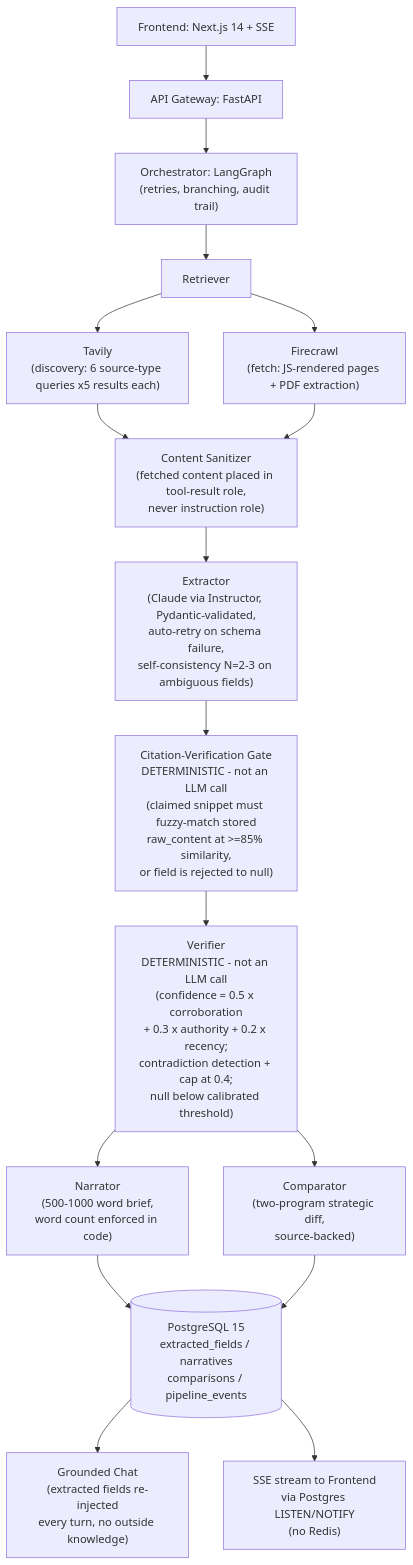
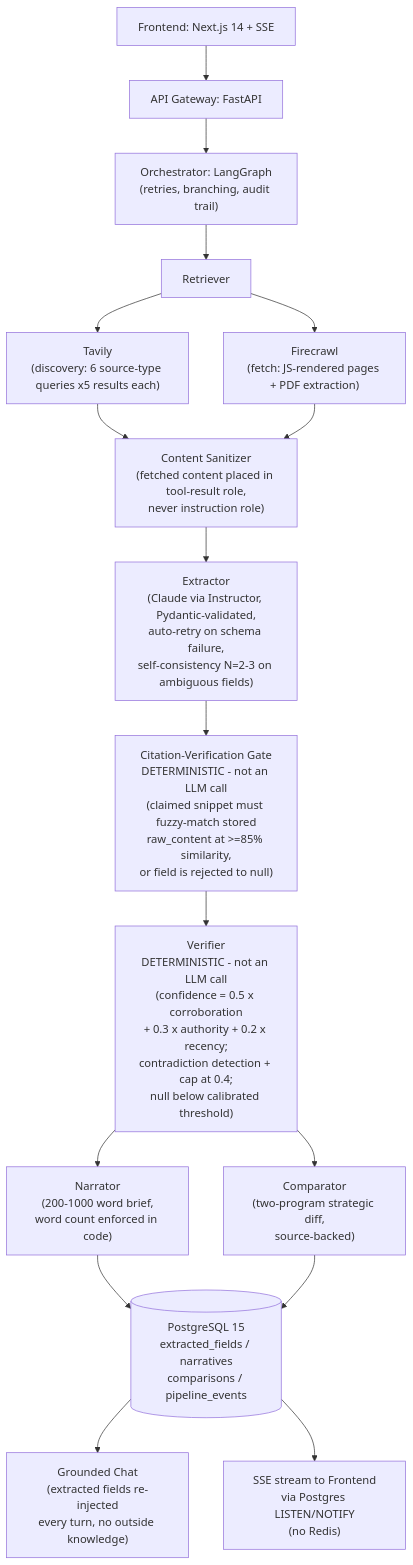
The first of 2 diagrams in docs/solution.md (Shashanku7/info-vac), drawn with Mermaid before and after one commit. The commit also changed other lines of this file and 9 other files, not shown here.

````diff
--- a/docs/solution.md
+++ b/docs/solution.md
@@ -52,27 +52,27 @@
 ```mermaid
 graph TD
     UI["Frontend: Next.js 14 + SSE"] --> API["API Gateway: FastAPI"]
     API --> Orch["Orchestrator: LangGraph\n(retries, branching, audit trail)"]
 
     Orch --> Ret["Retriever"]
     Ret --> Tav["Tavily\n(discovery: 6 source-type queries x5 results each)"]
     Ret --> Fire["Firecrawl\n(fetch: JS-rendered pages + PDF extraction)"]
 
     Tav --> San["Content Sanitizer\n(fetched content placed in tool-result role,\nnever instruction role)"]
     Fire --> San
 
     San --> Ext["Extractor\n(Claude via Instructor, Pydantic-validated,\nauto-retry on schema failure,\nself-consistency N=2-3 on ambiguous fields)"]
 
     Ext --> Gate["Citation-Verification Gate\nDETERMINISTIC - not an LLM call\n(claimed snippet must fuzzy-match stored\nraw_content at >=85% similarity,\nor field is rejected to null)"]
 
     Gate --> Ver["Verifier\nDETERMINISTIC - not an LLM call\n(confidence = 0.5 x corroboration\n+ 0.3 x authority + 0.2 x recency;\ncontradiction detection + cap at 0.4;\nnull below calibrated threshold)"]
 
-    Ver --> Nar["Narrator\n(500-1000 word brief,\nword count enforced in code)"]
+    Ver --> Nar["Narrator\n(200-1000 word brief,\nword count enforced in code)"]
     Ver --> Comp["Comparator\n(two-program strategic diff,\nsource-backed)"]
 
     Nar --> DB[("PostgreSQL 15\nextracted_fields / narratives\ncomparisons / pipeline_events")]
     Comp --> DB
 
     DB --> Chat["Grounded Chat\n(extracted fields re-injected\nevery turn, no outside knowledge)"]
     DB --> SSE["SSE stream to Frontend\nvia Postgres LISTEN/NOTIFY\n(no Redis)"]
 ```
````
